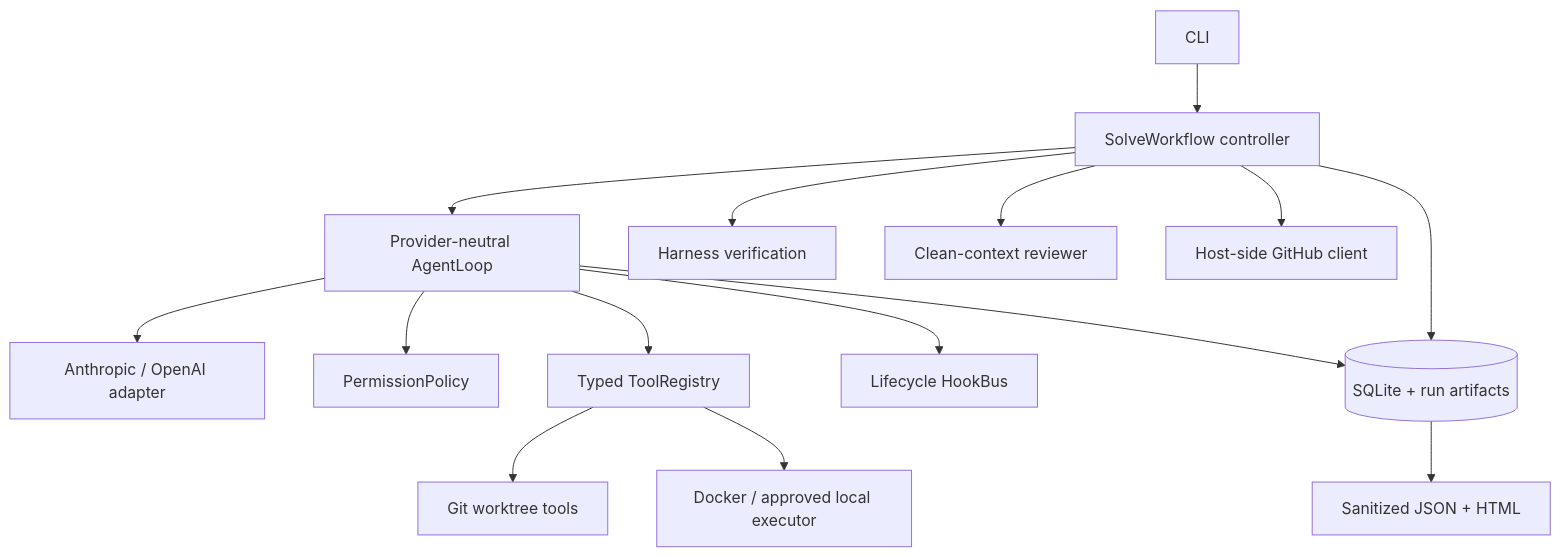
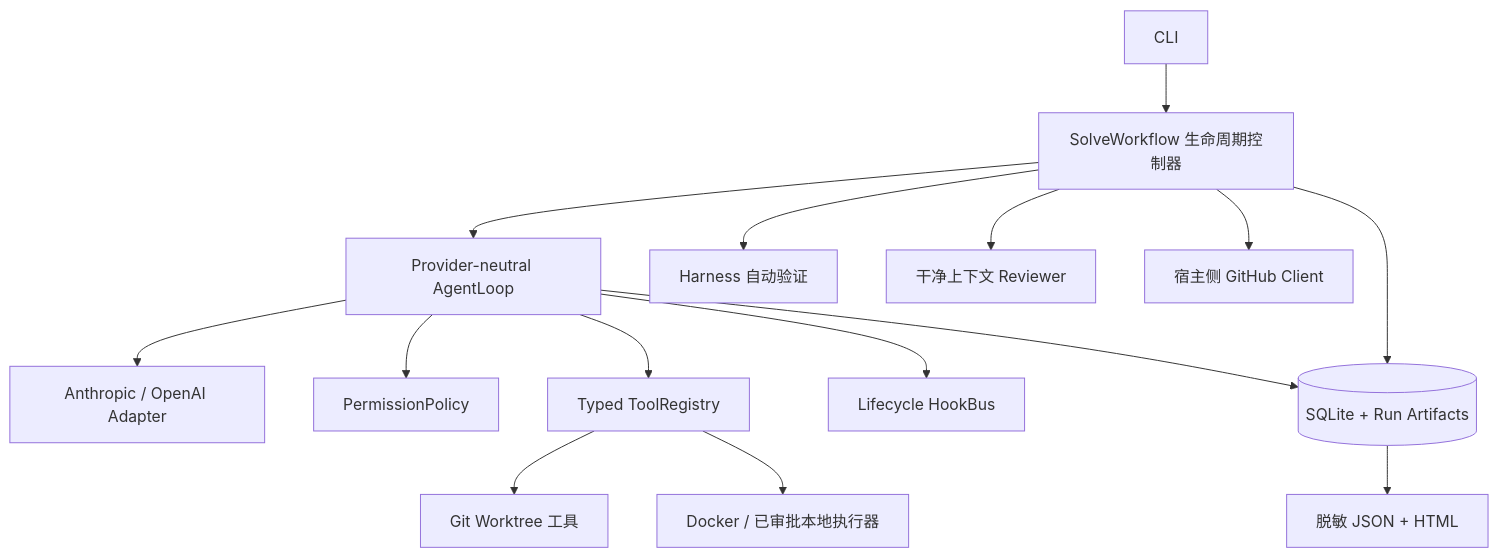
The diagram in DESIGN.md (11zhangzheng/gh-assistant), drawn with Mermaid before and after one commit. The commit also changed other lines of this file and 5 other files, not shown here.

````diff
--- a/DESIGN.md
+++ b/DESIGN.md
@@ -15,17 +15,17 @@
 ```mermaid
 flowchart TB
-    CLI[CLI] --> WF[SolveWorkflow controller]
+    CLI[CLI] --> WF[SolveWorkflow 生命周期控制器]
     WF --> LOOP[Provider-neutral AgentLoop]
-    LOOP --> ADAPTER[Anthropic / OpenAI adapter]
+    LOOP --> ADAPTER[Anthropic / OpenAI Adapter]
     LOOP --> POLICY[PermissionPolicy]
     LOOP --> TOOLS[Typed ToolRegistry]
     LOOP --> HOOKS[Lifecycle HookBus]
-    TOOLS --> WT[Git worktree tools]
-    TOOLS --> EXEC[Docker / approved local executor]
-    WF --> VERIFY[Harness verification]
-    WF --> REVIEW[Clean-context reviewer]
-    WF --> GH[Host-side GitHub client]
-    WF --> STATE[(SQLite + run artifacts)]
+    TOOLS --> WT[Git Worktree 工具]
+    TOOLS --> EXEC[Docker / 已审批本地执行器]
+    WF --> VERIFY[Harness 自动验证]
+    WF --> REVIEW[干净上下文 Reviewer]
+    WF --> GH[宿主侧 GitHub Client]
+    WF --> STATE[(SQLite + Run Artifacts)]
     LOOP --> STATE
-    STATE --> REPORT[Sanitized JSON + HTML]
+    STATE --> REPORT[脱敏 JSON + HTML]
 ```
````
